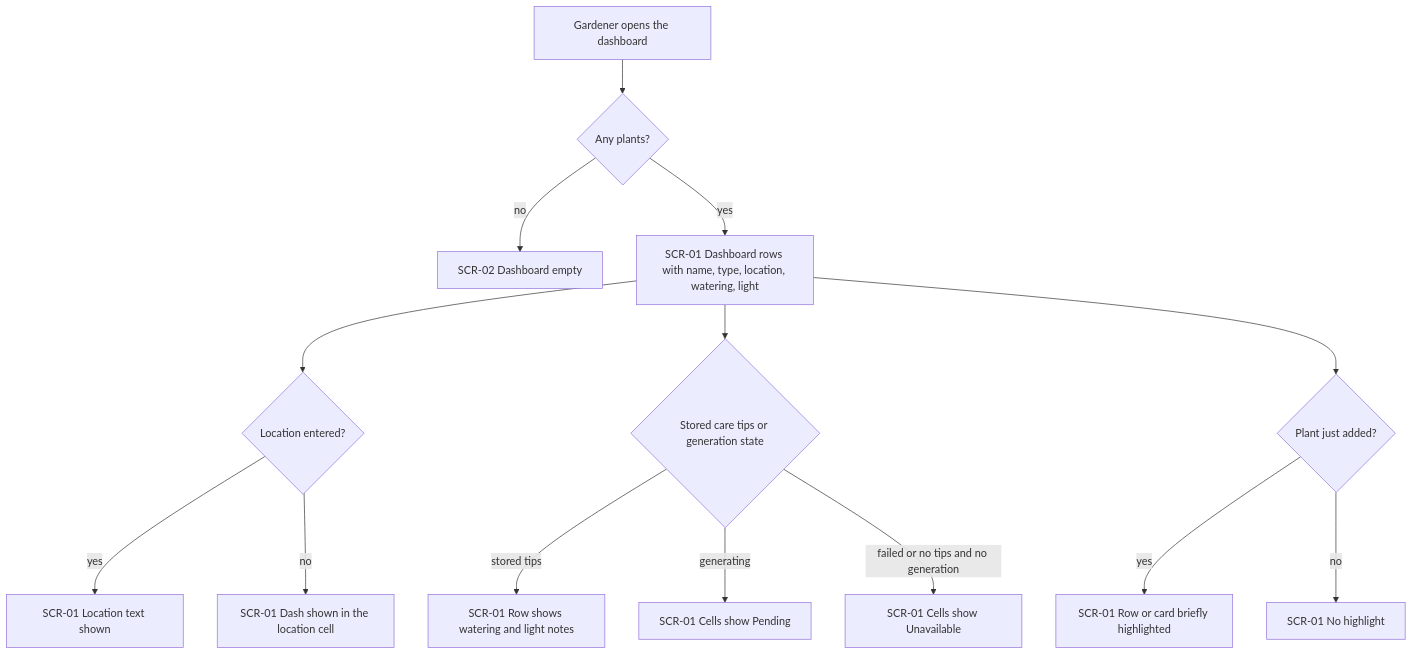
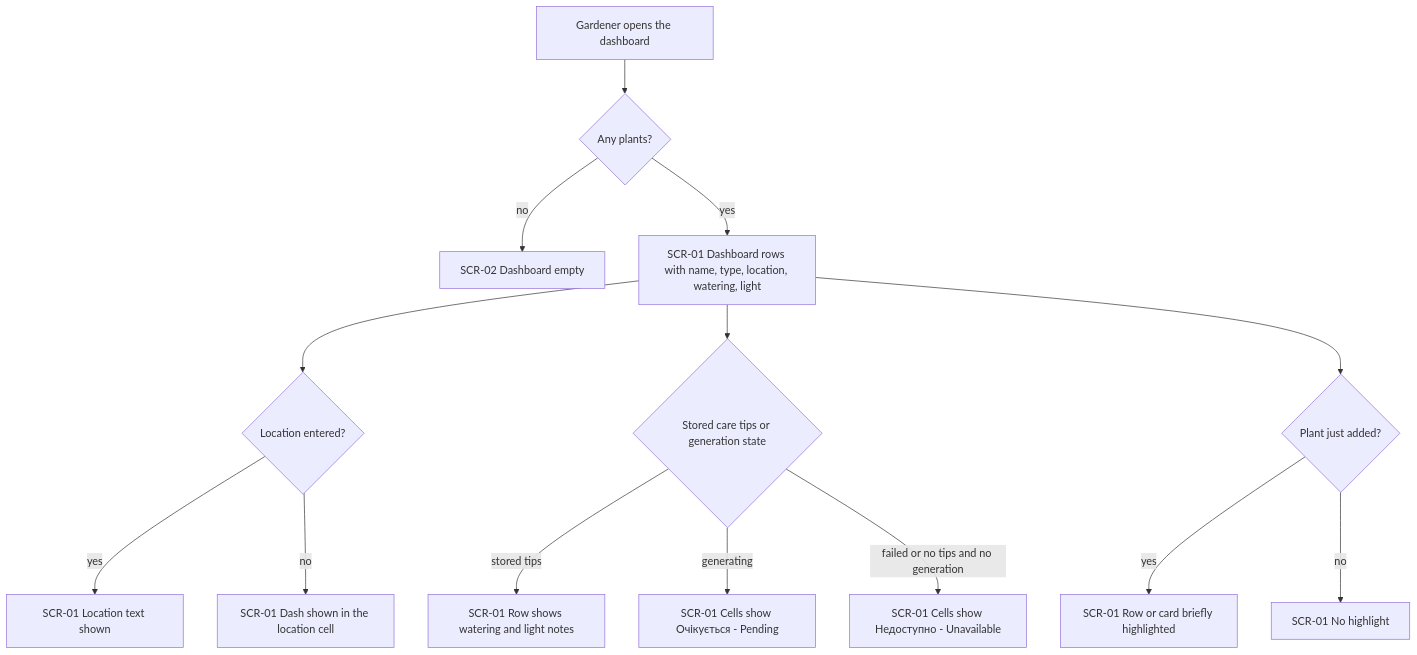
Before and after one commit to orkdrnke/Planted-AI: the first of 6 diagrams in docs/features/ux-improve/ux-flows.md, drawn with Mermaid. The commit also changed other lines of this file and 5 other files, not shown here.

First line of the commit message:
docs(ux-improve): record verification results and sync AGENTS.md, spec, ux-flows

````diff
--- a/docs/features/ux-improve/ux-flows.md
+++ b/docs/features/ux-improve/ux-flows.md
@@ -35,16 +35,16 @@
 ```mermaid
 flowchart TD
     A[Gardener opens the dashboard] --> B{Any plants?}
     B -->|no| C[SCR-02 Dashboard empty]
     B -->|yes| D[SCR-01 Dashboard rows with name, type, location, watering, light]
     D --> L{Location entered?}
     L -->|yes| L1[SCR-01 Location text shown]
     L -->|no| L2[SCR-01 Dash shown in the location cell]
     D --> E{Stored care tips or generation state}
     E -->|stored tips| F[SCR-01 Row shows watering and light notes]
-    E -->|generating| G[SCR-01 Cells show Pending]
-    E -->|failed or no tips and no generation| H[SCR-01 Cells show Unavailable]
+    E -->|generating| G[SCR-01 Cells show Очікується - Pending]
+    E -->|failed or no tips and no generation| H[SCR-01 Cells show Недоступно - Unavailable]
     D --> N{Plant just added?}
     N -->|yes| N1[SCR-01 Row or card briefly highlighted]
     N -->|no| N2[SCR-01 No highlight]
 ```
````
